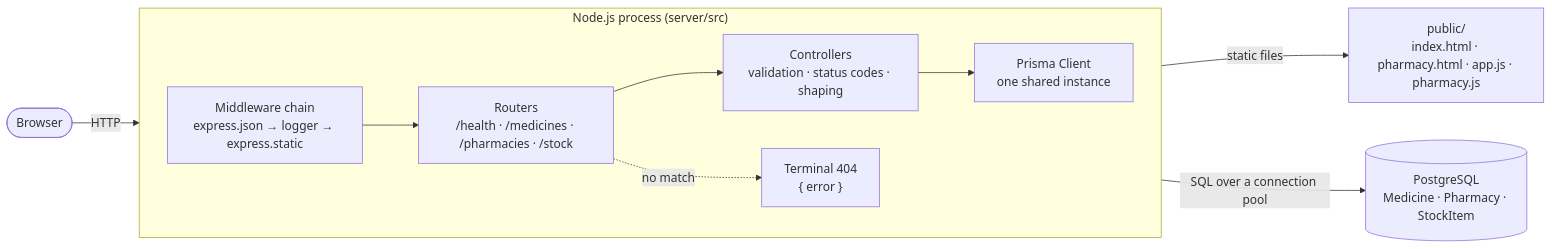
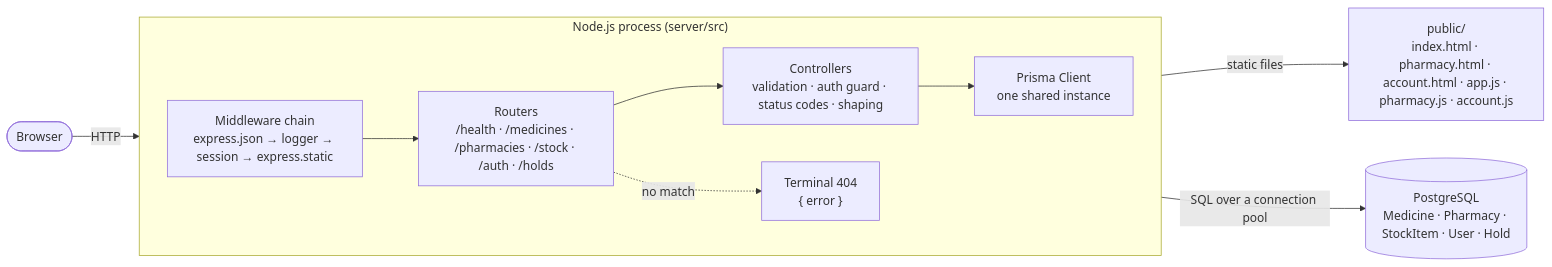
One commit to vishalkbladerunner-create/velora_AP_2026 changed the first of 3 diagrams in README.md. Above: the diagram before and after it, drawn with Mermaid. The commit also changed other lines of this file and 24 other files, not shown here.

First line of the commit message:
feat(auth): add patient accounts and 30-minute stock holds

````diff
--- a/README.md
+++ b/README.md
@@ -46,22 +48,22 @@
 ```mermaid
 flowchart LR
     user(["Browser"])
     subgraph proc["Node.js process (server/src)"]
         direction LR
-        mw["Middleware chain<br/>express.json → logger → express.static"]
-        routers["Routers<br/>/health · /medicines · /pharmacies · /stock"]
-        ctrl["Controllers<br/>validation · status codes · shaping"]
+        mw["Middleware chain<br/>express.json → logger → session → express.static"]
+        routers["Routers<br/>/health · /medicines · /pharmacies · /stock · /auth · /holds"]
+        ctrl["Controllers<br/>validation · auth guard · status codes · shaping"]
         prisma["Prisma Client<br/>one shared instance"]
         nf["Terminal 404<br/>{ error }"]
     end
-    db[("PostgreSQL<br/>Medicine · Pharmacy · StockItem")]
-    static["public/<br/>index.html · pharmacy.html · app.js · pharmacy.js"]
+    db[("PostgreSQL<br/>Medicine · Pharmacy · StockItem · User · Hold")]
+    static["public/<br/>index.html · pharmacy.html · account.html · app.js · pharmacy.js · account.js"]
 
     user -->|"HTTP"| mw
     mw -->|"static files"| static
     mw --> routers
     routers --> ctrl
     ctrl --> prisma
     prisma -->|"SQL over a connection pool"| db
     routers -.->|"no match"| nf
 ```
````
